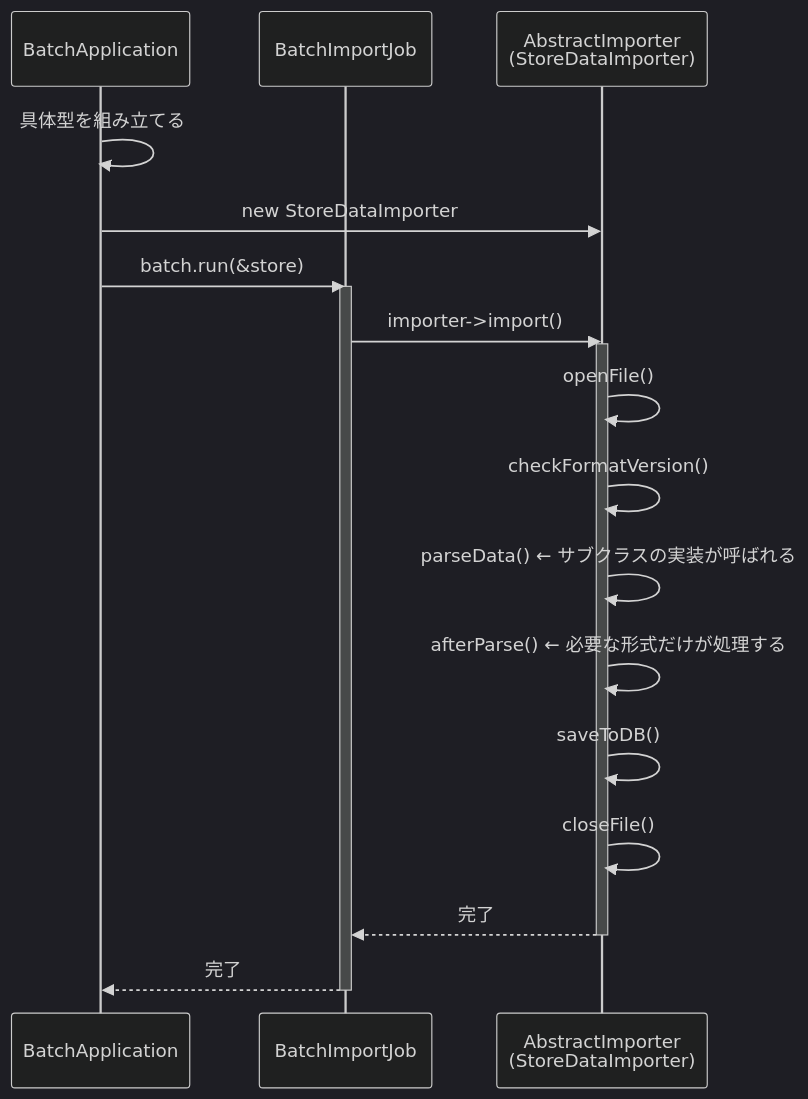
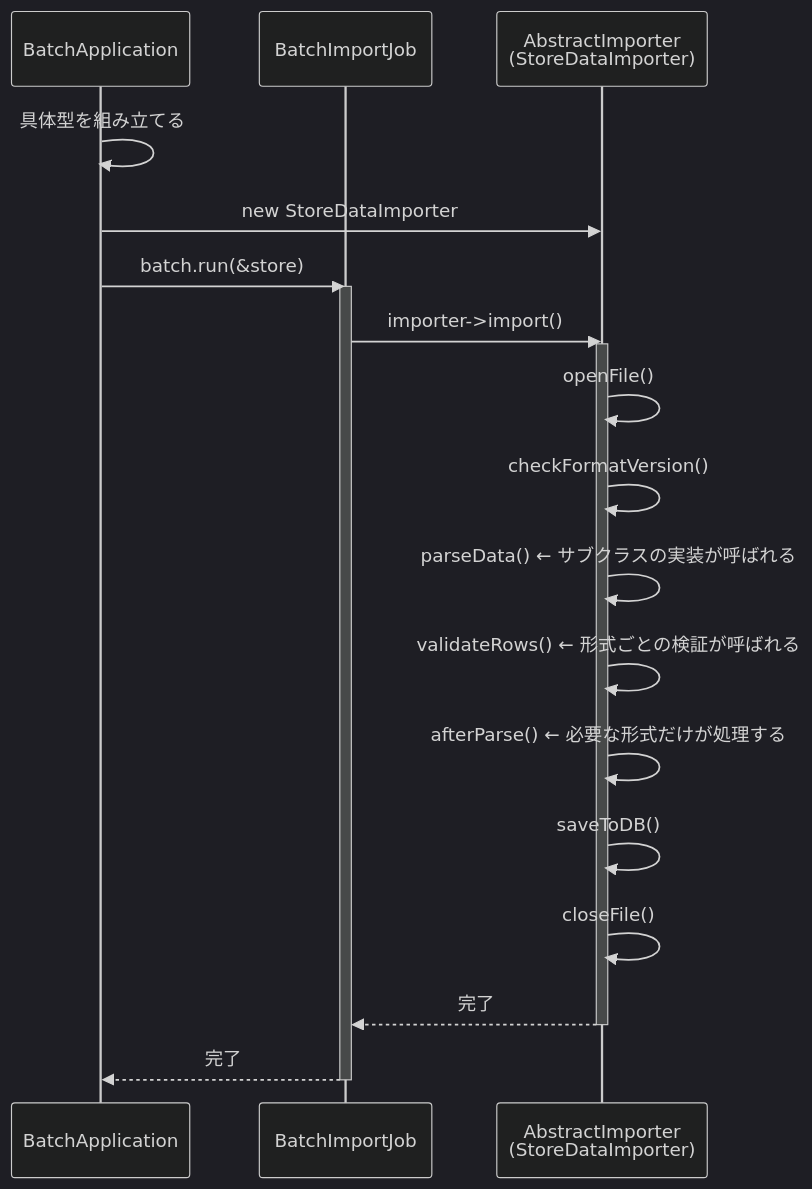
One commit to kumachan1101-pixel/DesignPattern changed the fifth of 9 diagrams in kindle/design-patterns/output/chapter04.md. Above: the diagram before and after it, drawn with Mermaid (dark theme). The commit also changed other lines of this file and 1 other file, not shown here.

````diff
--- a/kindle/design-patterns/output/chapter04.md
+++ b/kindle/design-patterns/output/chapter04.md
@@ -1286,23 +1337,24 @@
 ```mermaid
 sequenceDiagram
     participant B as BatchApplication
     participant BIJ as BatchImportJob
     participant AI as AbstractImporter<br/>(StoreDataImporter)
 
     B->>B: 具体型を組み立てる
     B->>AI: new StoreDataImporter
     B->>BIJ: batch.run(&store)
     activate BIJ
     BIJ->>AI: importer->import()
     activate AI
     AI->>AI: openFile()
     AI->>AI: checkFormatVersion()
     AI->>AI: parseData() ← サブクラスの実装が呼ばれる
+    AI->>AI: validateRows() ← 形式ごとの検証が呼ばれる
     AI->>AI: afterParse() ← 必要な形式だけが処理する
     AI->>AI: saveToDB()
     AI->>AI: closeFile()
     AI-->>BIJ: 完了
     deactivate AI
     BIJ-->>B: 完了
     deactivate BIJ
 ```
````
